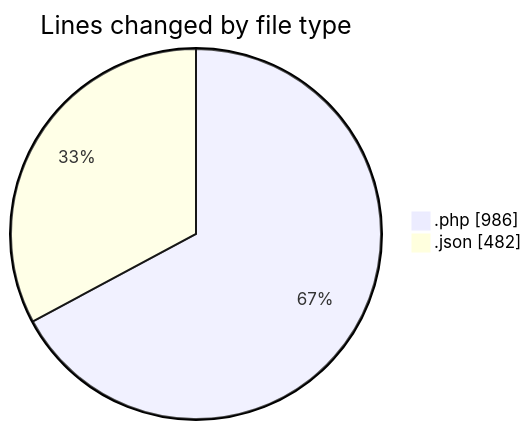
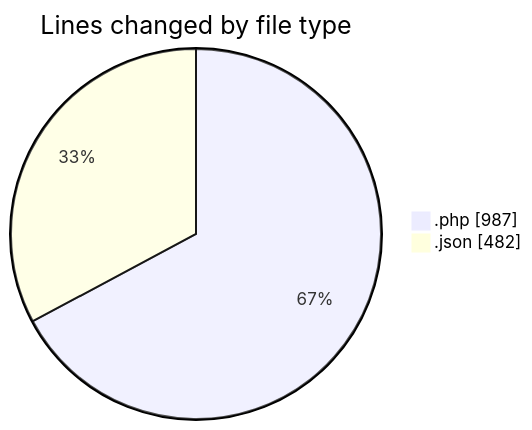
Before and after one commit to idhammustaqopulfikri/code-tracking: the first of 2 diagrams in 2025-03-28/autodidak/README.md, drawn with Mermaid. The commit also changed other lines of this file and 1 other file, not shown here.

````diff
--- a/2025-03-28/autodidak/README.md
+++ b/2025-03-28/autodidak/README.md
@@ -28,6 +28,6 @@
 ```mermaid
 pie showData
 title Lines changed by file type
-".php" : 986
+".php" : 987
 ".json" : 482
 ```
````
